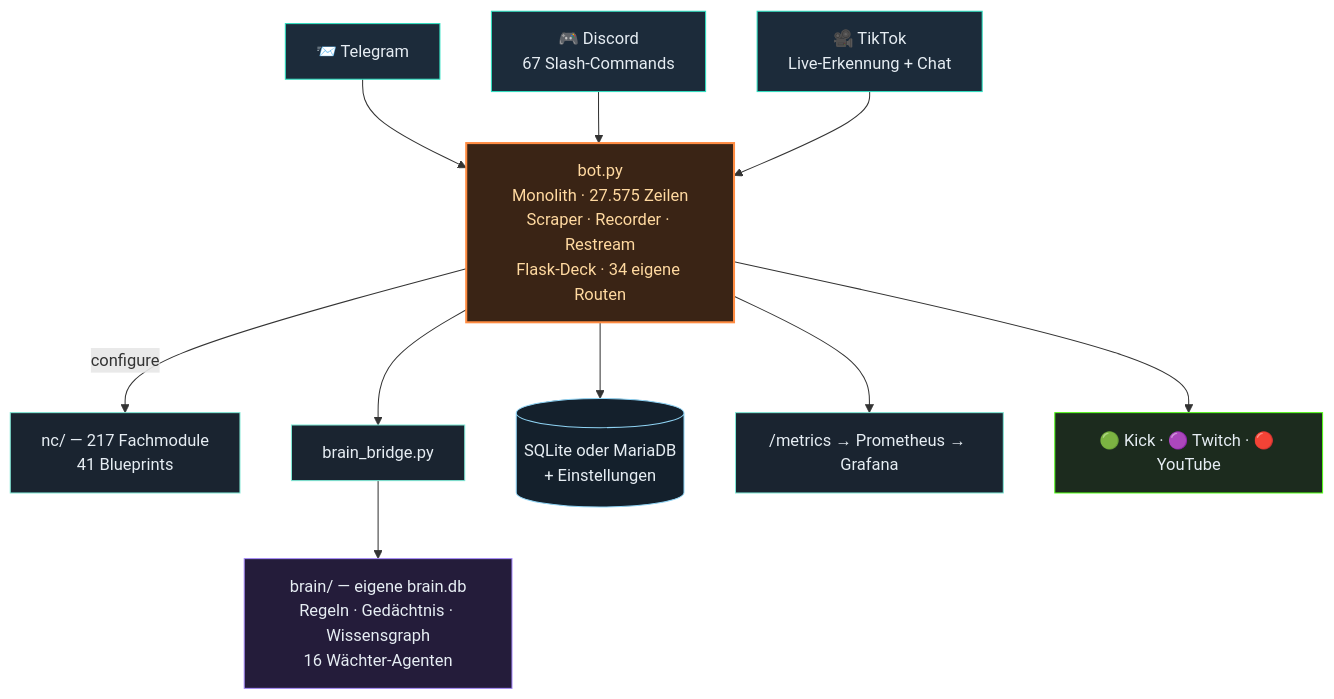
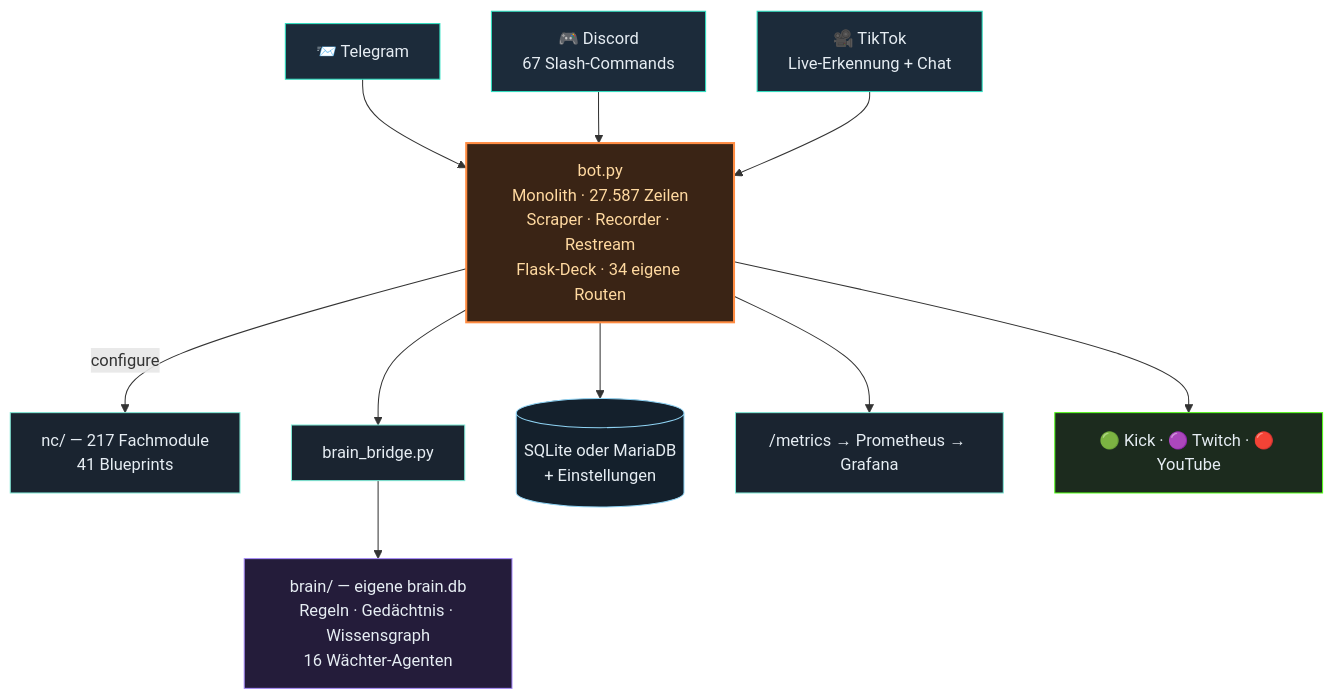
Before and after one commit to itsamemedev/Telegram-Stream-Info-Bot: the second of 3 diagrams in README.md, drawn with Mermaid. The commit also changed other lines of this file and 18 other files, not shown here.

````diff
--- a/README.md
+++ b/README.md
@@ -118,19 +118,19 @@
 ```mermaid
 flowchart TB
     TG["📨 Telegram"]:::ein --> BOT
     DC["🎮 Discord<br/>67 Slash-Commands"]:::ein --> BOT
     TT["🎥 TikTok<br/>Live-Erkennung + Chat"]:::ein --> BOT
-    BOT["bot.py<br/>Monolith · 27.575 Zeilen<br/>Scraper · Recorder · Restream<br/>Flask-Deck · 34 eigene Routen"]:::core
+    BOT["bot.py<br/>Monolith · 27.587 Zeilen<br/>Scraper · Recorder · Restream<br/>Flask-Deck · 34 eigene Routen"]:::core
     BOT -->|configure| NC["nc/ — 217 Fachmodule<br/>41 Blueprints"]:::lib
     BOT --> BR["brain_bridge.py"]:::lib
     BR --> BRAIN["brain/ — eigene brain.db<br/>Regeln · Gedächtnis · Wissensgraph<br/>16 Wächter-Agenten"]:::brain
     BOT --> DB[("SQLite oder MariaDB<br/>+ Einstellungen")]:::db
     BOT --> PROM["/metrics → Prometheus → Grafana"]:::lib
     BOT --> OUT["🟢 Kick · 🟣 Twitch · 🔴 YouTube"]:::out
     classDef ein fill:#1c2b3a,stroke:#2de1c2,color:#e6edf3
     classDef core fill:#3a2415,stroke:#ff8c42,stroke-width:2px,color:#ffd9a0
     classDef lib fill:#1a2430,stroke:#7fe7d4,color:#e6edf3
     classDef brain fill:#241c3a,stroke:#a78bfa,color:#e6edf3
     classDef db fill:#14202c,stroke:#8fd3f4,color:#e6edf3
     classDef out fill:#1c2b1e,stroke:#53fc18,color:#e6edf3
 ```
````
